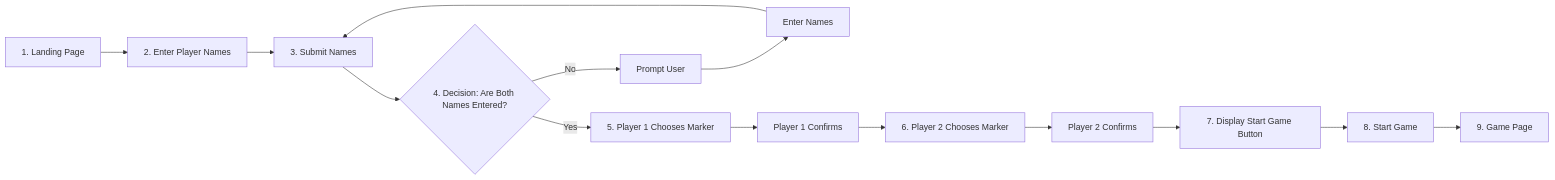
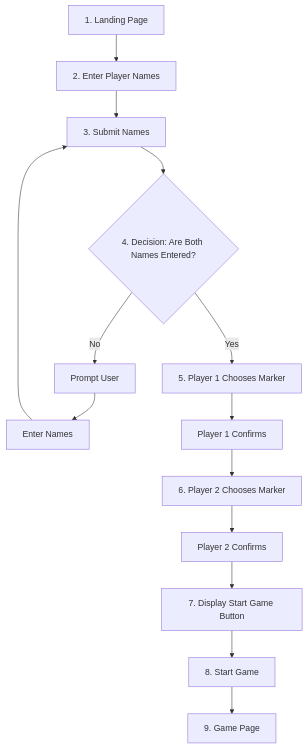
The diagram in ReadMe.md (Lawrence-le/roll-and-go-game), drawn with Mermaid before and after one commit. The commit also changed other lines of this file, not shown here.

Commit message:
updated Readme with new flowchart style

````diff
--- a/ReadMe.md
+++ b/ReadMe.md
@@ -44,16 +48,16 @@
 ```mermaid
-flowchart LR
+flowchart TB
     B[1. Landing Page] --> C[2. Enter Player Names]
     C --> D[3. Submit Names]
     D --> E{4. Decision: Are Both Names Entered?}
     E -->|No| F[Prompt User]
     F --> G[Enter Names]
     G --> D
     E -->|Yes| H[5. Player 1 Chooses Marker]
     H --> I[Player 1 Confirms]
     I --> J[6. Player 2 Chooses Marker]
     J --> K[Player 2 Confirms]
     K --> L[7. Display Start Game Button]
     L --> M[8. Start Game]
     M --> N[9. Game Page]
 ```
````
